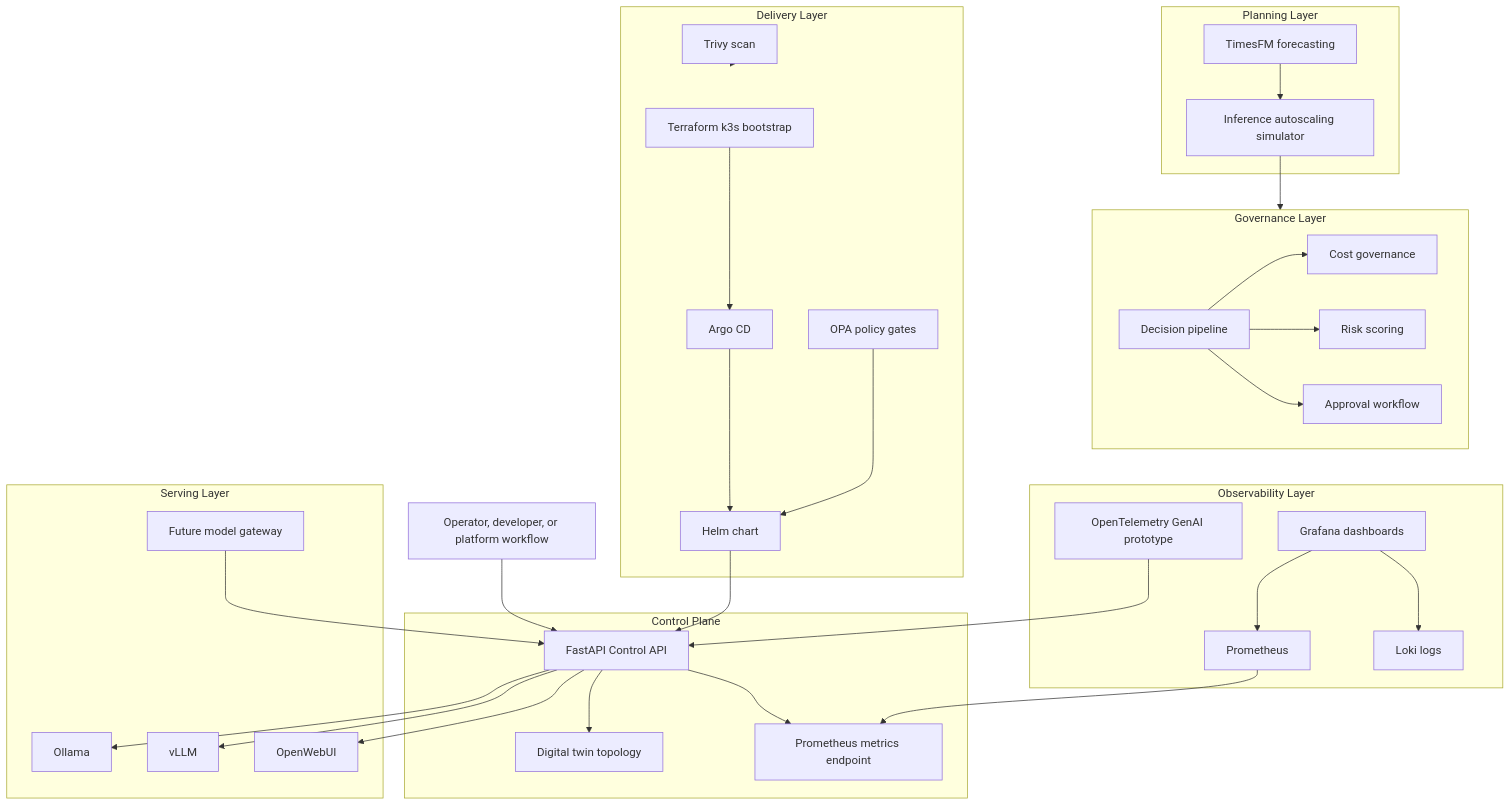
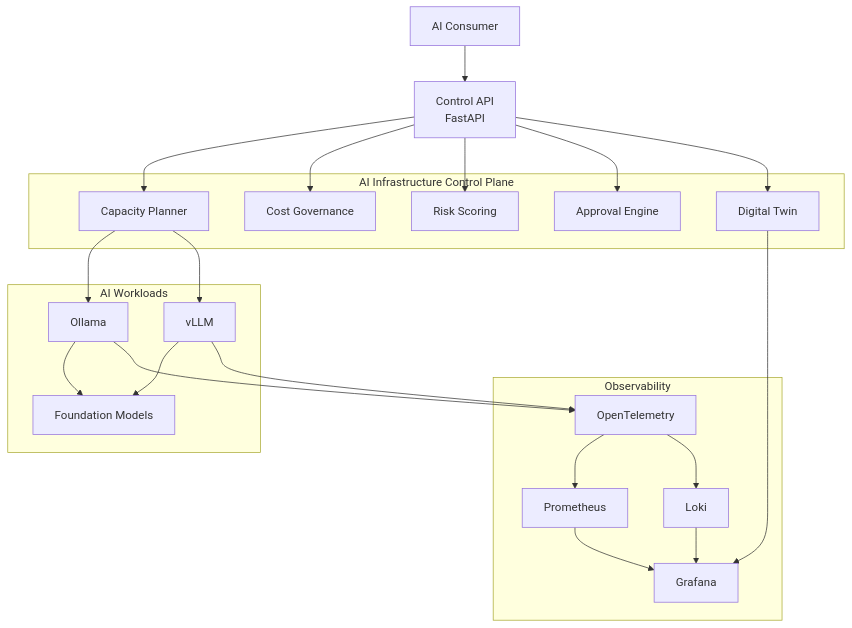
One commit to justrunme/ai-infra-control-plane changed the first of 2 diagrams in docs/platform-architecture.md. Above: the diagram before and after it, drawn with Mermaid. The commit also changed other lines of this file and 1 other file, not shown here.

Commit message:
docs: add Mermaid platform architecture diagram

````diff
--- a/docs/platform-architecture.md
+++ b/docs/platform-architecture.md
@@ -15,66 +15,44 @@
 ```mermaid
 flowchart TB
-  User["Operator, developer, or platform workflow"]
+    User["AI Consumer"]
+    API["Control API<br/>FastAPI"]
 
-  subgraph Serving["Serving Layer"]
-    Gateway["Future model gateway"]
-    Ollama["Ollama"]
-    VLLM["vLLM"]
-    OpenWebUI["OpenWebUI"]
-  end
+    subgraph ControlPlane["AI Infrastructure Control Plane"]
+        Capacity["Capacity Planner"]
+        Cost["Cost Governance"]
+        Risk["Risk Scoring"]
+        Approval["Approval Engine"]
+        Twin["Digital Twin"]
+    end
 
-  subgraph Control["Control Plane"]
-    API["FastAPI Control API"]
-    Topology["Digital twin topology"]
-    Metrics["Prometheus metrics endpoint"]
-  end
+    subgraph AI["AI Workloads"]
+        Ollama["Ollama"]
+        VLLM["vLLM"]
+        Models["Foundation Models"]
+    end
 
-  subgraph Observability["Observability Layer"]
-    Prom["Prometheus"]
-    Grafana["Grafana dashboards"]
-    Loki["Loki logs"]
-    OTel["OpenTelemetry GenAI prototype"]
-  end
+    subgraph Observability["Observability"]
+        OTel["OpenTelemetry"]
+        Prom["Prometheus"]
+        Graf["Grafana"]
+        Loki["Loki"]
+    end
 
-  subgraph Intelligence["Planning Layer"]
-    TimesFM["TimesFM forecasting"]
-    Autoscaling["Inference autoscaling simulator"]
-  end
-
-  subgraph Governance["Governance Layer"]
-    Cost["Cost governance"]
-    Risk["Risk scoring"]
-    Approval["Approval workflow"]
-    Pipeline["Decision pipeline"]
-  end
-
-  subgraph Delivery["Delivery Layer"]
-    Terraform["Terraform k3s bootstrap"]
-    Argo["Argo CD"]
-    Helm["Helm chart"]
-    OPA["OPA policy gates"]
-    Trivy["Trivy scan"]
-  end
-
-  User --> API
-  Gateway --> API
-  API --> Ollama
-  API --> VLLM
-  API --> OpenWebUI
-  API --> Topology
-  API --> Metrics
-  Prom --> Metrics
-  Grafana --> Prom
-  Grafana --> Loki
-  OTel --> API
-  TimesFM --> Autoscaling
-  Autoscaling --> Governance
-  Pipeline --> Cost
-  Pipeline --> Risk
-  Pipeline --> Approval
-  Terraform --> Argo
-  Argo --> Helm
-  OPA --> Helm
-  Trivy --> Delivery
-  Helm --> API
+    User --> API
+    API --> Capacity
+    API --> Cost
+    API --> Risk
+    API --> Approval
+    API --> Twin
+    Capacity --> Ollama
+    Capacity --> VLLM
+    Ollama --> Models
+    VLLM --> Models
+    Ollama --> OTel
+    VLLM --> OTel
+    OTel --> Prom
+    OTel --> Loki
+    Prom --> Graf
+    Loki --> Graf
+    Twin --> Graf
 ```
````
